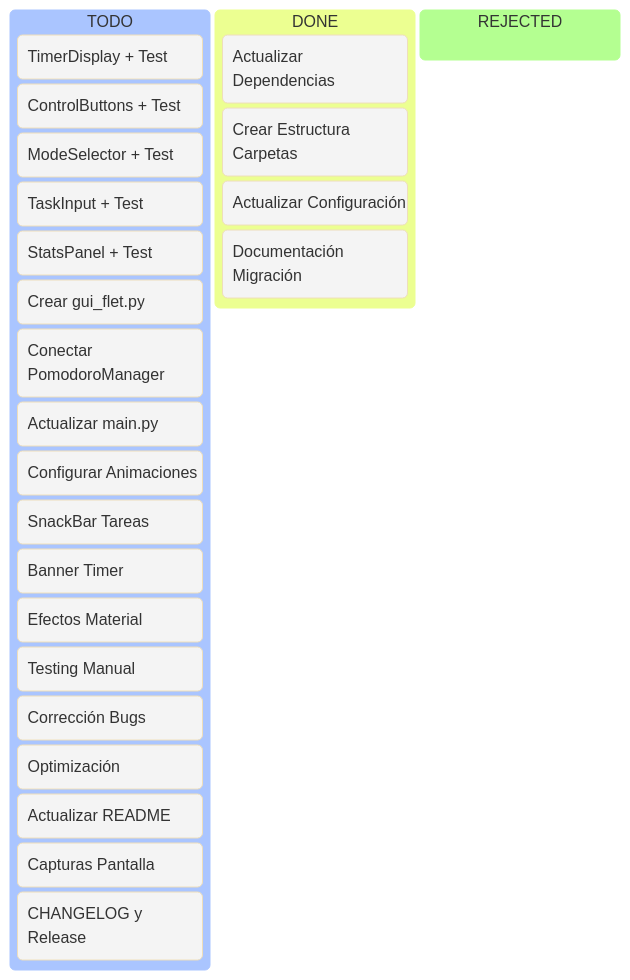
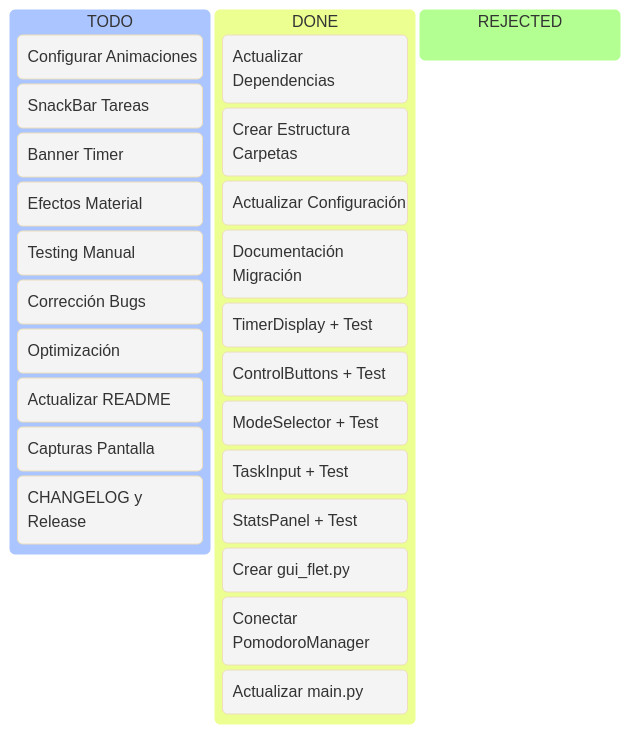
Before and after one commit to FROSADO/pomodoro-py: the diagram in docs/specs-by-version/PLAN_v0.2_es.md, drawn with Mermaid. The commit also changed other lines of this file and 22 other files, not shown here.

````diff
--- a/docs/specs-by-version/PLAN_v0.2_es.md
+++ b/docs/specs-by-version/PLAN_v0.2_es.md
@@ -19,29 +19,29 @@
 ```mermaid
 %%{init: {'theme':'base'}}%%
 kanban
   TODO
-    [TimerDisplay + Test]
-    [ControlButtons + Test]
-    [ModeSelector + Test]
-    [TaskInput + Test]
-    [StatsPanel + Test]
-    [Crear gui_flet.py]
-    [Conectar PomodoroManager]
-    [Actualizar main.py]
     [Configurar Animaciones]
     [SnackBar Tareas]
     [Banner Timer]
     [Efectos Material]
     [Testing Manual]
     [Corrección Bugs]
     [Optimización]
     [Actualizar README]
     [Capturas Pantalla]
     [CHANGELOG y Release]
   DONE
     [Actualizar Dependencias]
     [Crear Estructura Carpetas]
     [Actualizar Configuración]
     [Documentación Migración]
+    [TimerDisplay + Test]
+    [ControlButtons + Test]
+    [ModeSelector + Test]
+    [TaskInput + Test]
+    [StatsPanel + Test]
+    [Crear gui_flet.py]
+    [Conectar PomodoroManager]
+    [Actualizar main.py]
   REJECTED
 ```
````
